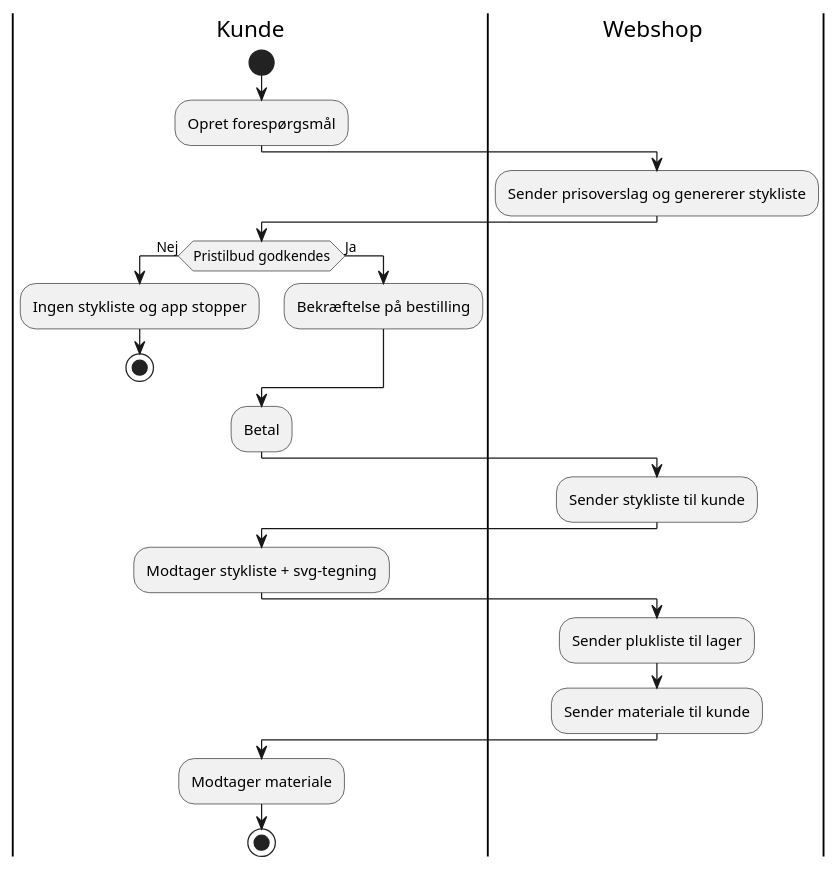
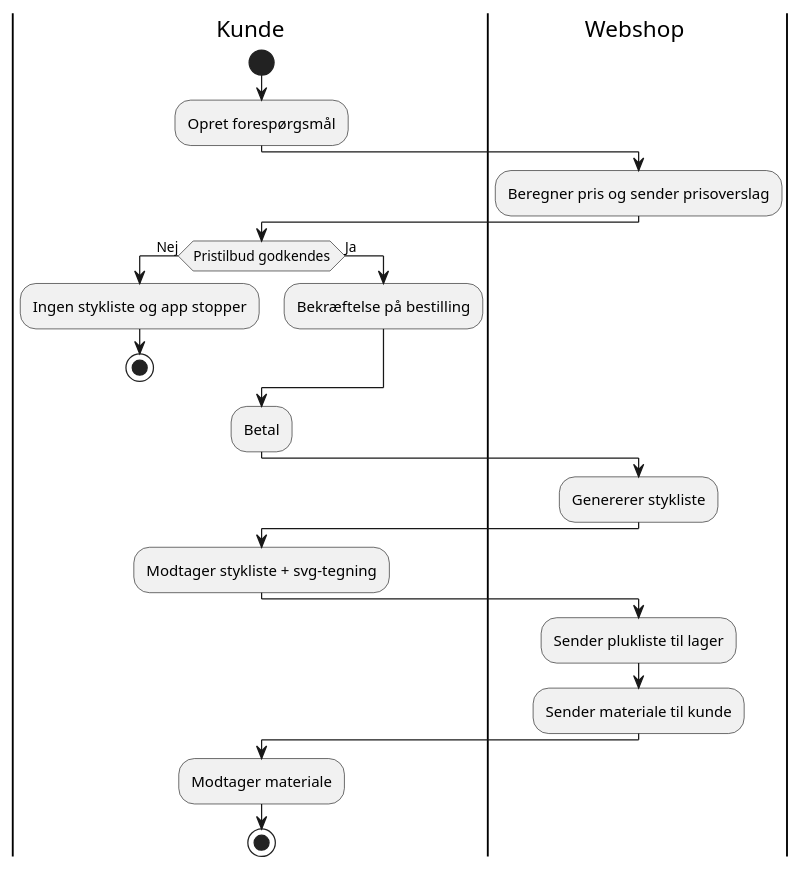
The diagram in docs/aktivitetsdiagram-tobe.puml (mridrisisci/fog-projekt), drawn with PlantUML before and after one commit.

Commit message:
detalje rettet

```diff
--- a/docs/aktivitetsdiagram-tobe.puml
+++ b/docs/aktivitetsdiagram-tobe.puml
@@ -1,37 +1,37 @@
 @startuml
 'https://plantuml.com/activity-diagram-beta
 
 |Kunde|
 start
 :Opret forespørgsmål;
 
 |Webshop |
-:Sender prisoverslag og genererer stykliste;
+:Beregner pris og sender prisoverslag;
 
 |Kunde|
 if (Pristilbud godkendes) then (Nej)
   :Ingen stykliste og app stopper;
   stop
 else (Ja)
   :Bekræftelse på bestilling;
 endif
 
 |Kunde|
 :Betal;
 
 |Webshop |
-:Sender stykliste til kunde;
+:Genererer stykliste;
 
 |Kunde|
 :Modtager stykliste + svg-tegning;
 
 |Webshop |
 :Sender plukliste til lager;
 :Sender materiale til kunde;
 
 
 |Kunde|
 :Modtager materiale;
 
 stop
 @enduml
```
